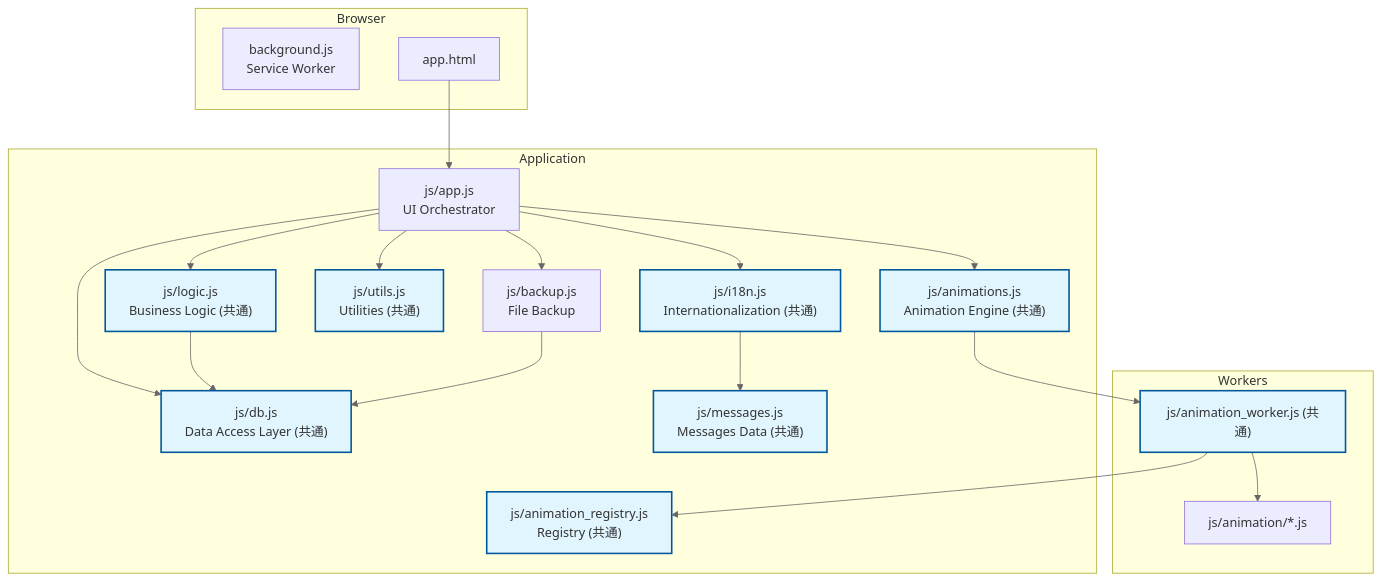
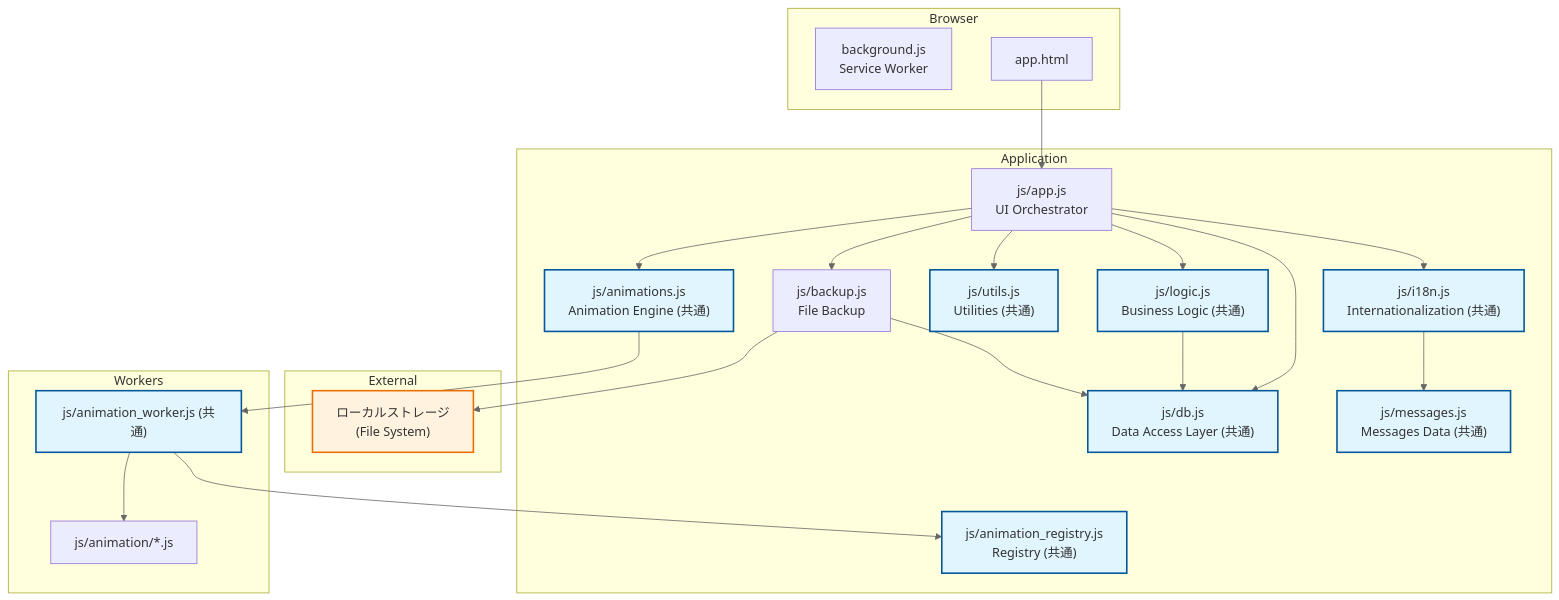
One commit to masanori-satake/QuickLog-Solo changed the first of 12 diagrams in docs/README_DEV.md. Above: the diagram before and after it, drawn with Mermaid. The commit also changed other lines of this file, not shown here.

````diff
--- a/docs/README_DEV.md
+++ b/docs/README_DEV.md
@@ -25,42 +25,49 @@
 ```mermaid
 graph TD
     classDef common fill:#e1f5fe,stroke:#01579b,stroke-width:2px;
+
+    classDef storage fill:#fff3e0,stroke:#ef6c00,stroke-width:2px;
+
+    subgraph External
+        LS["ローカルストレージ <br/>(File System)"]:::storage
+    end
 
     subgraph Browser
         SW[background.js <br/>Service Worker]
         App[app.html]
     end
 
     subgraph Application
         AppJS[js/app.js <br/>UI Orchestrator]
         Logic["js/logic.js <br/>Business Logic (共通)"]:::common
         DB["js/db.js <br/>Data Access Layer (共通)"]:::common
         Backup[js/backup.js <br/>File Backup]
         Utils["js/utils.js <br/>Utilities (共通)"]:::common
         I18n["js/i18n.js <br/>Internationalization (共通)"]:::common
         Messages["js/messages.js <br/>Messages Data (共通)"]:::common
         Anim["js/animations.js <br/>Animation Engine (共通)"]:::common
         Registry["js/animation_registry.js <br/>Registry (共通)"]:::common
     end
 
     subgraph Workers
         AnimWorker["js/animation_worker.js (共通)"]:::common
         AnimModules[js/animation/*.js]
     end
 
     App --> AppJS
     AppJS --> Logic
     AppJS --> DB
     AppJS --> Utils
     AppJS --> I18n
     AppJS --> Anim
     AppJS --> Backup
     Logic --> DB
     Backup --> DB
+    Backup --> LS
     Anim --> AnimWorker
     AnimWorker --> Registry
     AnimWorker --> AnimModules
     I18n --> Messages
 
     linkStyle default stroke:#666,stroke-width:1px;
 ```
````
